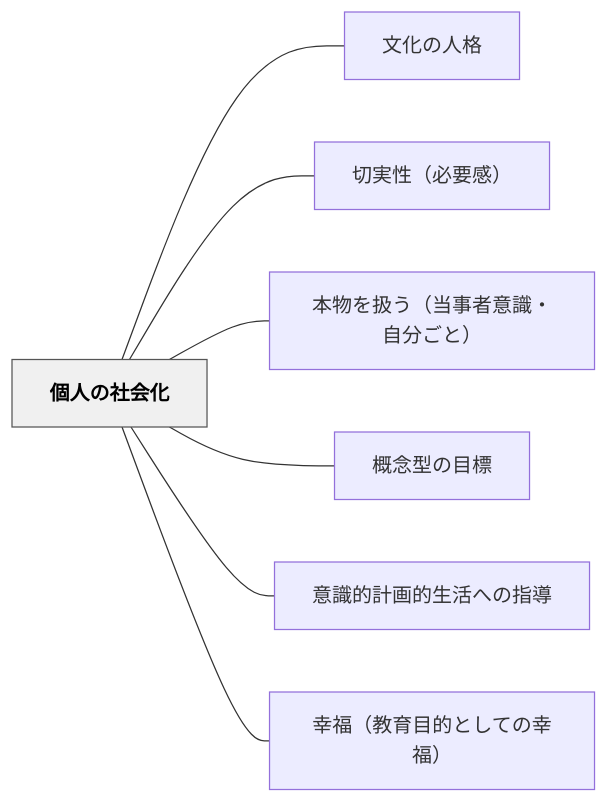
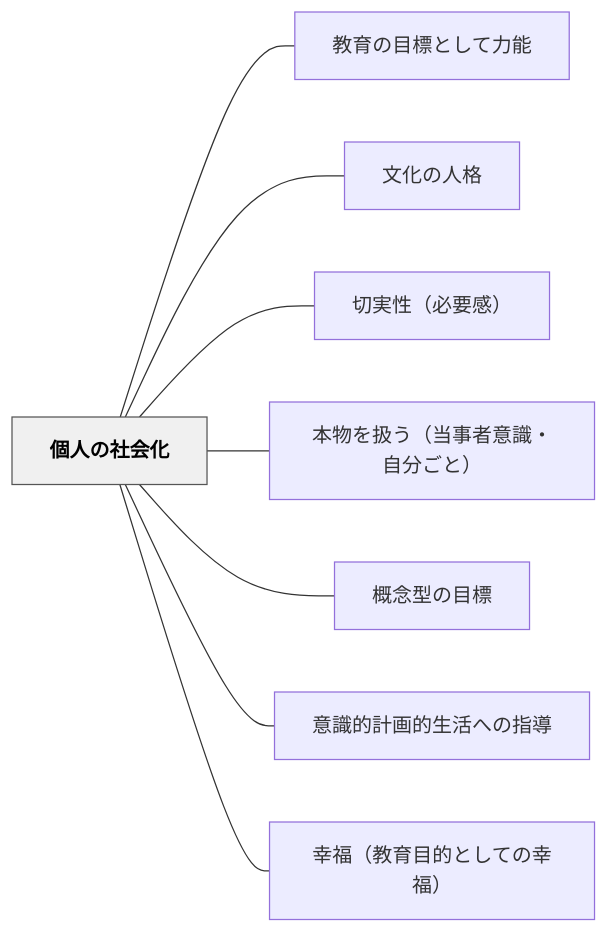
One commit to unknownthings-ed-patterns/unknownthings-ed-patterns changed the diagram in content/パタン/個人の社会化.md. Above: the diagram before and after it, drawn with Mermaid. The commit also changed other lines of this file and 473 other files, not shown here.

````diff
--- a/content/パタン/個人の社会化.md
+++ b/content/パタン/個人の社会化.md
@@ -107,20 +108,22 @@
 ```mermaid
 flowchart LR
     ne5808be4baba["個人の社会化"]
+    ne69599e882b2["教育の目標として力能"]
     ne69687e58c96["文化の人格"]
     ne58887e5ae9f["切実性（必要感）"]
     ne69cace789a9["本物を扱う（当事者意識・自分ごと）"]
     ne6a682e5bfb5["概念型の目標"]
     ne6848fe8ad98["意識的計画的生活への指導"]
     ne5b9b8e7a68f["幸福（教育目的としての幸福）"]
 
+    ne5808be4baba --- ne69599e882b2
     ne5808be4baba --- ne69687e58c96
     ne5808be4baba --- ne58887e5ae9f
     ne5808be4baba --- ne69cace789a9
     ne5808be4baba --- ne6a682e5bfb5
     ne5808be4baba --- ne6848fe8ad98
     ne5808be4baba --- ne5b9b8e7a68f
 
     classDef hub fill:#f0f0f0,stroke:#555,color:#000,font-weight:bold
     class ne5808be4baba hub
 ```
````
